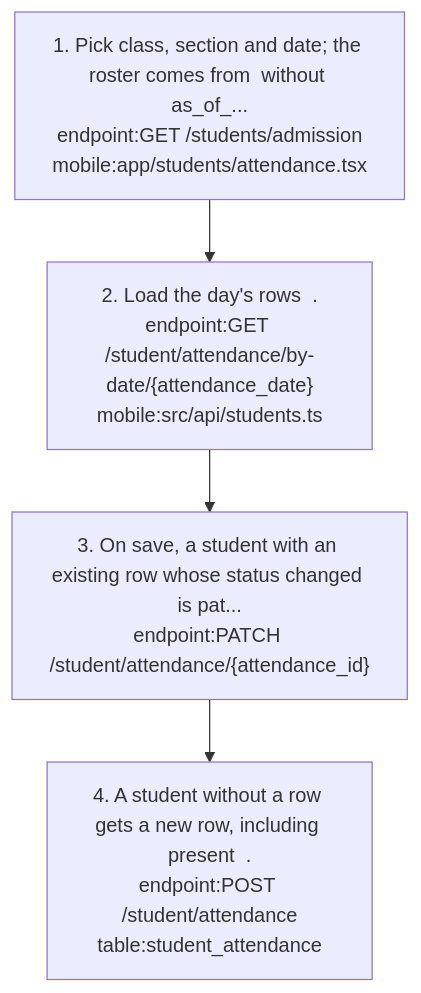
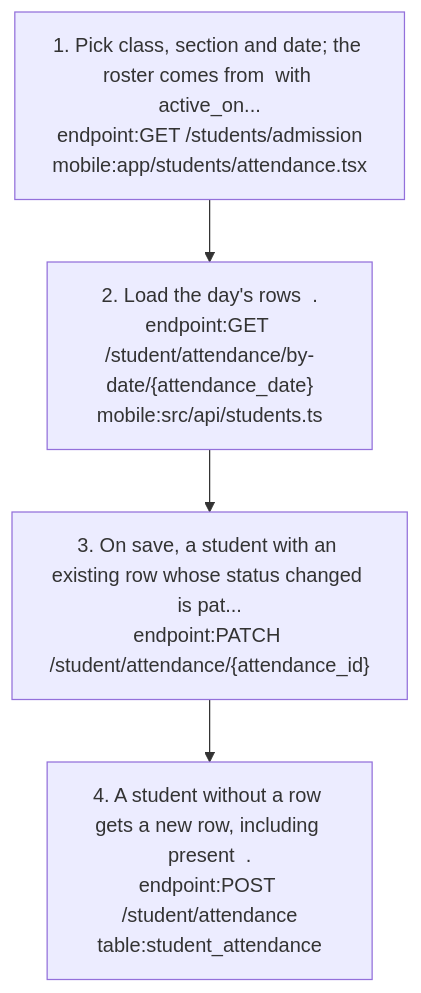
Before and after one commit to nerellasraj21/cos360_full_app: the seventh of 9 diagrams in docs/graph/views/students.md, drawn with Mermaid. The commit also changed other lines of this file and 44 other files, not shown here.

First line of the commit message:
Re-verify project docs and knowledge graph against current code

````diff
--- a/docs/graph/views/students.md
+++ b/docs/graph/views/students.md
@@ -331,10 +331,10 @@
 ```mermaid
 flowchart TD
-  s1["1. Pick class, section and date; the roster comes from  without as_of_...<br/>endpoint:GET /students/admission<br/>mobile:app/students/attendance.tsx"]
+  s1["1. Pick class, section and date; the roster comes from  with active_on...<br/>endpoint:GET /students/admission<br/>mobile:app/students/attendance.tsx"]
   s2["2. Load the day's rows  .<br/>endpoint:GET /student/attendance/by-date/{attendance_date}<br/>mobile:src/api/students.ts"]
   s1 --> s2
   s3["3. On save, a student with an existing row whose status changed is pat...<br/>endpoint:PATCH /student/attendance/{attendance_id}"]
   s2 --> s3
   s4["4. A student without a row gets a new row, including present  .<br/>endpoint:POST /student/attendance<br/>table:student_attendance"]
   s3 --> s4
 ```
````
